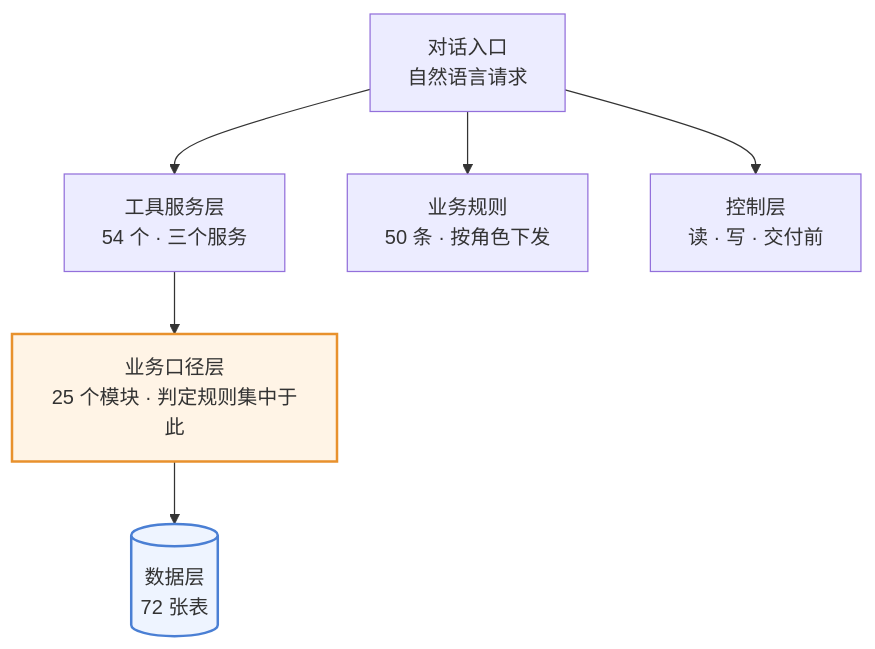
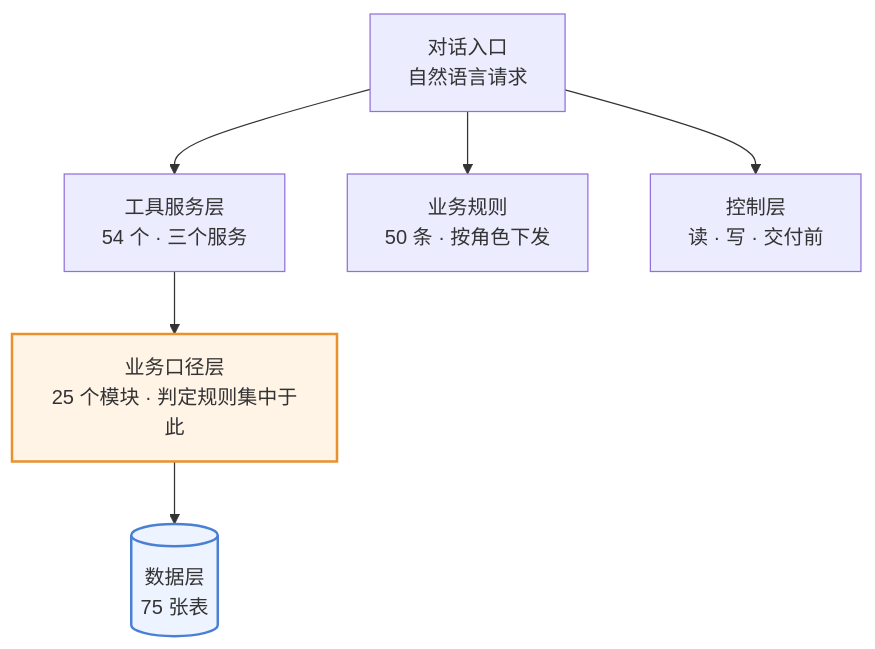
Before and after one commit to 843773296-rgb/lanxiu-yunshang-agent: the first of 4 diagrams in 澜绣云裳agent-产品需求文档.md, drawn with Mermaid. The commit also changed other lines of this file and 8 other files, not shown here.

````diff
--- a/澜绣云裳agent-产品需求文档.md
+++ b/澜绣云裳agent-产品需求文档.md
@@ -134,12 +134,12 @@
 ```mermaid
 flowchart TD
     M["对话入口<br/>自然语言请求"]
     M --> T["工具服务层<br/>54 个 · 三个服务"]
     M --> R["业务规则<br/>50 条 · 按角色下发"]
     M --> G["控制层<br/>读 · 写 · 交付前"]
     T --> K["业务口径层<br/>25 个模块 · 判定规则集中于此"]
-    K --> DB[("数据层<br/>72 张表")]
+    K --> DB[("数据层<br/>75 张表")]
 
     style K fill:#fff4e6,stroke:#e8912d,stroke-width:2px
     style DB fill:#eef4ff,stroke:#4a7fd4,stroke-width:2px
 ```
````
